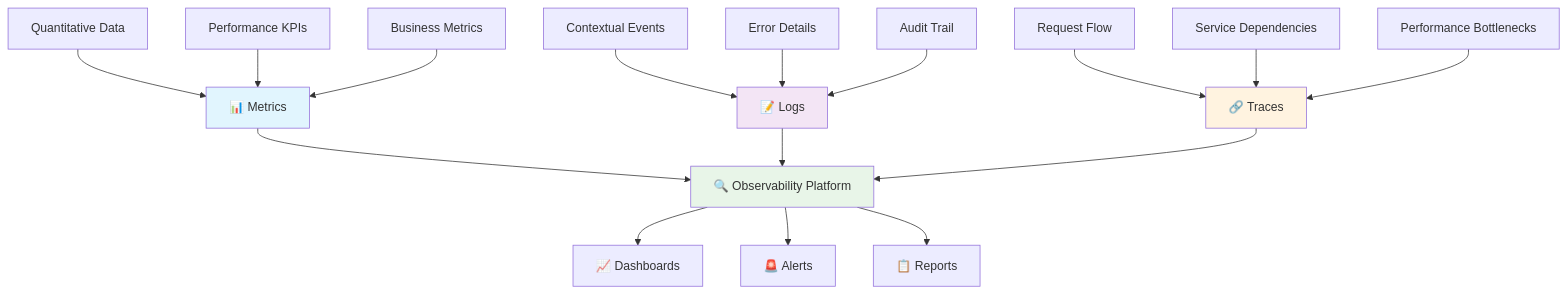
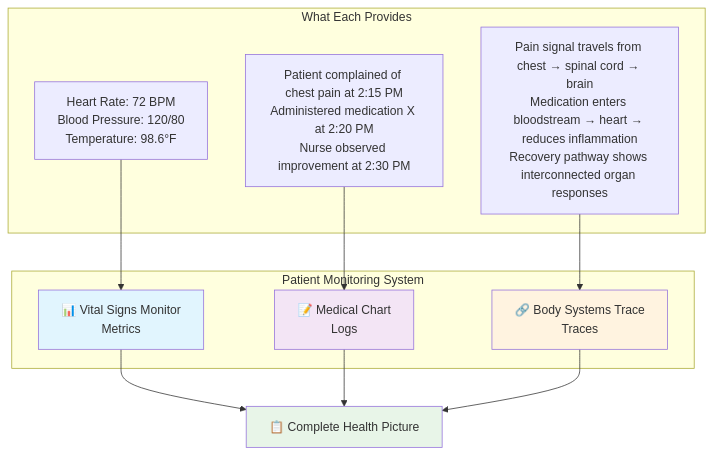
Before and after one commit to ridwanspace/restful-fastapi-guideline: the first of 3 diagrams in app/docs/03_intermediate/07-monitoring-observability/page.mdx, drawn with Mermaid. The commit also changed other lines of this file and 1 other file, not shown here.

Commit message:
Docs: Overhaul monitoring guide with new analogies; update heatmap prompt

````diff
--- a/app/docs/03_intermediate/07-monitoring-observability/page.mdx
+++ b/app/docs/03_intermediate/07-monitoring-observability/page.mdx
@@ -13,27 +37,23 @@
 ```mermaid
 graph TB
-    A[📊 Metrics] --> D[🔍 Observability Platform]
-    B[📝 Logs] --> D
-    C[🔗 Traces] --> D
+    subgraph "Patient Monitoring System"
+        A[📊 Vital Signs Monitor<br/>Metrics]
+        B[📝 Medical Chart<br/>Logs] 
+        C[🔗 Body Systems Trace<br/>Traces]
+    end
     
-    D --> E[📈 Dashboards]
-    D --> F[🚨 Alerts]
-    D --> G[📋 Reports]
+    subgraph "What Each Provides"
+        A1[Heart Rate: 72 BPM<br/>Blood Pressure: 120/80<br/>Temperature: 98.6°F] --> A
+        B1[Patient complained of chest pain at 2:15 PM<br/>Administered medication X at 2:20 PM<br/>Nurse observed improvement at 2:30 PM] --> B
+        C1[Pain signal travels from chest → spinal cord → brain<br/>Medication enters bloodstream → heart → reduces inflammation<br/>Recovery pathway shows interconnected organ responses] --> C
+    end
     
-    A1[Quantitative Data] --> A
-    A2[Performance KPIs] --> A
-    A3[Business Metrics] --> A
-    
-    B1[Contextual Events] --> B
-    B2[Error Details] --> B
-    B3[Audit Trail] --> B
-    
-    C1[Request Flow] --> C
-    C2[Service Dependencies] --> C
-    C3[Performance Bottlenecks] --> C
+    A --> D[📋 Complete Health Picture]
+    B --> D
+    C --> D
     
     style A fill:#e1f5fe
     style B fill:#f3e5f5
     style C fill:#fff3e0
     style D fill:#e8f5e8
 ```
````
